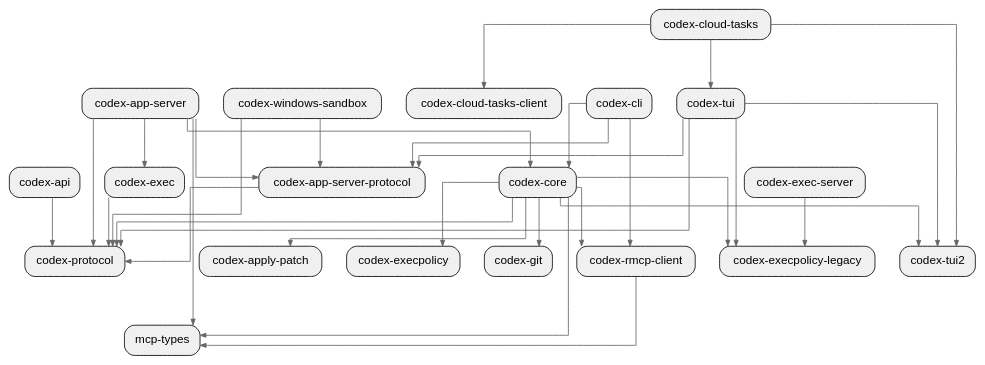
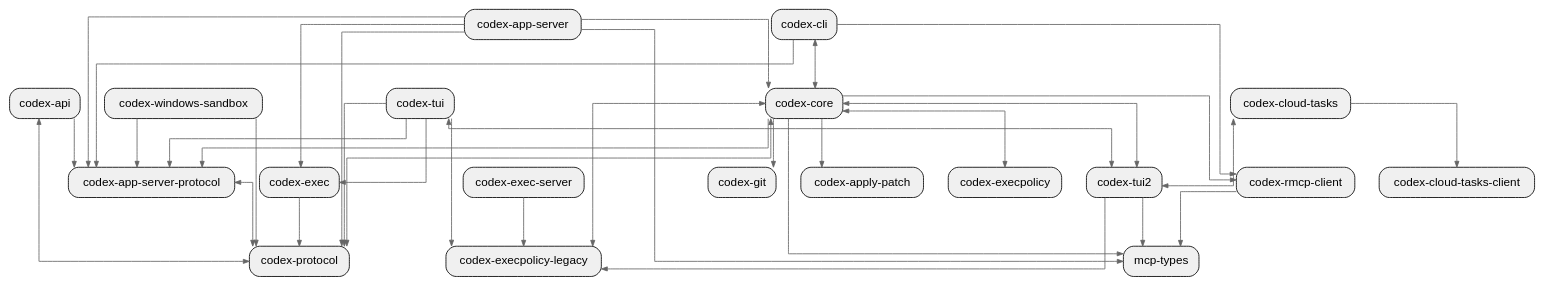
One commit to allenanswerzq/llmcc changed the diagram in sample/codex-pagerank/depth_1_crate.dot. Above: the diagram before and after it, drawn with Graphviz. The commit also changed 187 other files, not shown here.

```diff
--- a/sample/codex-pagerank/depth_1_crate.dot
+++ b/sample/codex-pagerank/depth_1_crate.dot
@@ -1,66 +1,70 @@
 digraph architecture {
   // Layout settings
   rankdir=TB;
   ranksep=0.8;
   nodesep=0.4;
   splines=ortho;
   concentrate=true;
 
   node [shape=box, style="rounded,filled", fillcolor="#f0f0f0", fontname="Helvetica"];
   edge [color="#666666", arrowsize=0.7];
 
   labelloc=t;
   fontsize=16;
   fontname="Helvetica Bold";
 
   crate_codex_api[label="codex-api"];
   crate_codex_app_server[label="codex-app-server"];
   crate_codex_app_server_protocol[label="codex-app-server-protocol"];
   crate_codex_apply_patch[label="codex-apply-patch"];
   crate_codex_cli[label="codex-cli"];
   crate_codex_cloud_tasks[label="codex-cloud-tasks"];
   crate_codex_cloud_tasks_client[label="codex-cloud-tasks-client"];
   crate_codex_core[label="codex-core"];
   crate_codex_exec[label="codex-exec"];
   crate_codex_exec_server[label="codex-exec-server"];
   crate_codex_execpolicy[label="codex-execpolicy"];
   crate_codex_execpolicy_legacy[label="codex-execpolicy-legacy"];
   crate_codex_git[label="codex-git"];
   crate_codex_protocol[label="codex-protocol"];
   crate_codex_rmcp_client[label="codex-rmcp-client"];
   crate_codex_tui[label="codex-tui"];
   crate_codex_tui2[label="codex-tui2"];
   crate_codex_windows_sandbox[label="codex-windows-sandbox"];
   crate_mcp_types[label="mcp-types"];
 
-  crate_codex_api -> crate_codex_protocol;
+  crate_codex_api -> crate_codex_app_server_protocol;
+  crate_codex_api -> crate_codex_protocol [dir=both]; // best-effort not accurate
   crate_codex_app_server -> crate_codex_app_server_protocol;
   crate_codex_app_server -> crate_codex_core;
   crate_codex_app_server -> crate_codex_exec;
   crate_codex_app_server -> crate_codex_protocol;
   crate_codex_app_server -> crate_mcp_types;
-  crate_codex_app_server_protocol -> crate_codex_protocol;
+  crate_codex_app_server_protocol -> crate_codex_protocol [dir=both]; // best-effort not accurate
   crate_codex_cli -> crate_codex_app_server_protocol;
-  crate_codex_cli -> crate_codex_core;
+  crate_codex_cli -> crate_codex_core [dir=both]; // best-effort not accurate
   crate_codex_cli -> crate_codex_rmcp_client;
   crate_codex_cloud_tasks -> crate_codex_cloud_tasks_client;
-  crate_codex_cloud_tasks -> crate_codex_tui;
-  crate_codex_cloud_tasks -> crate_codex_tui2;
+  crate_codex_cloud_tasks -> crate_codex_tui2 [dir=both]; // best-effort not accurate
+  crate_codex_core -> crate_codex_app_server_protocol;
   crate_codex_core -> crate_codex_apply_patch;
-  crate_codex_core -> crate_codex_execpolicy;
-  crate_codex_core -> crate_codex_execpolicy_legacy;
+  crate_codex_core -> crate_codex_execpolicy [dir=both]; // best-effort not accurate
+  crate_codex_core -> crate_codex_execpolicy_legacy [dir=both]; // best-effort not accurate
   crate_codex_core -> crate_codex_git;
-  crate_codex_core -> crate_codex_protocol;
+  crate_codex_core -> crate_codex_protocol [dir=both]; // best-effort not accurate
   crate_codex_core -> crate_codex_rmcp_client;
-  crate_codex_core -> crate_codex_tui2;
+  crate_codex_core -> crate_codex_tui2 [dir=both]; // best-effort not accurate
   crate_codex_core -> crate_mcp_types;
   crate_codex_exec -> crate_codex_protocol;
   crate_codex_exec_server -> crate_codex_execpolicy_legacy;
   crate_codex_rmcp_client -> crate_mcp_types;
   crate_codex_tui -> crate_codex_app_server_protocol;
+  crate_codex_tui -> crate_codex_exec;
   crate_codex_tui -> crate_codex_execpolicy_legacy;
   crate_codex_tui -> crate_codex_protocol;
-  crate_codex_tui -> crate_codex_tui2;
+  crate_codex_tui -> crate_codex_tui2 [dir=both]; // best-effort not accurate
+  crate_codex_tui2 -> crate_codex_execpolicy_legacy;
+  crate_codex_tui2 -> crate_mcp_types;
   crate_codex_windows_sandbox -> crate_codex_app_server_protocol;
   crate_codex_windows_sandbox -> crate_codex_protocol;
 }
```
